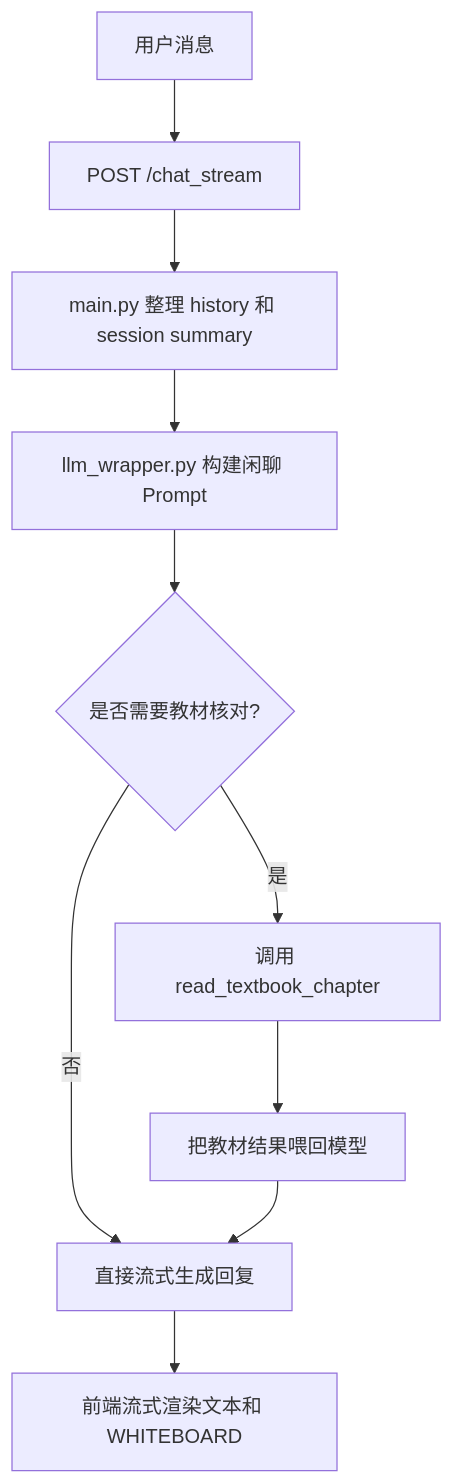
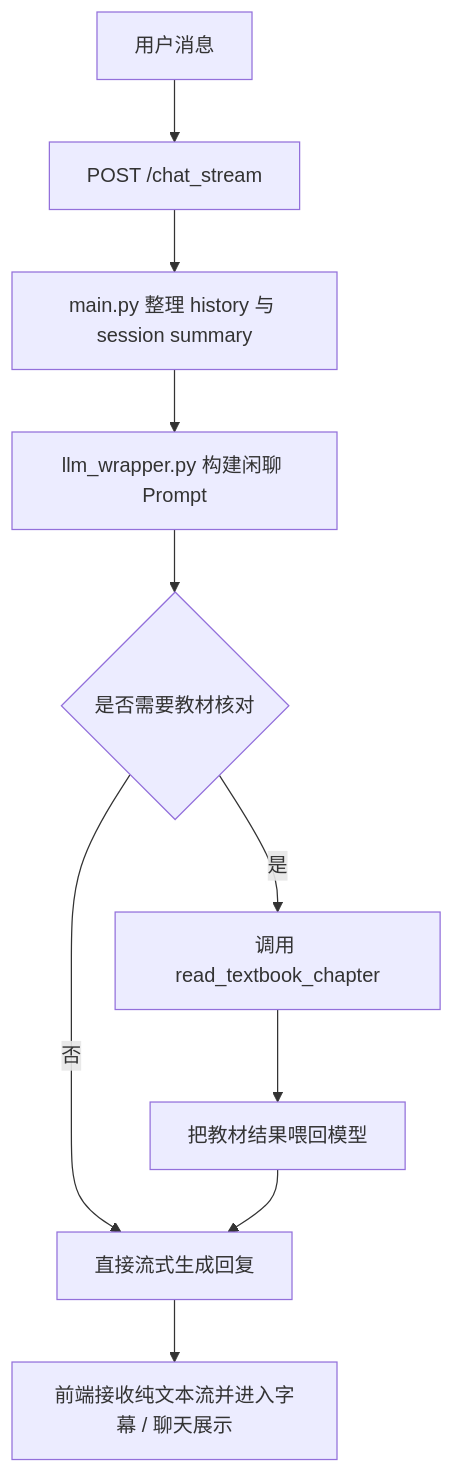
The first of 3 diagrams in README.md (jacobsisir-glitch/AI-English-Teacher), drawn with Mermaid before and after one commit. The commit also changed other lines of this file, not shown here.

Commit message:
Refresh README for dual-track class flow

````diff
--- a/README.md
+++ b/README.md
@@ -55,12 +74,12 @@
 ```mermaid
 flowchart TD
     A[用户消息] --> B[POST /chat_stream]
-    B --> C[main.py 整理 history 和 session summary]
+    B --> C[main.py 整理 history 与 session summary]
     C --> D[llm_wrapper.py 构建闲聊 Prompt]
-    D --> E{是否需要教材核对?}
+    D --> E{是否需要教材核对}
     E -- 否 --> F[直接流式生成回复]
     E -- 是 --> G[调用 read_textbook_chapter]
     G --> H[把教材结果喂回模型]
     H --> F
-    F --> I[前端流式渲染文本和 WHITEBOARD]
+    F --> I[前端接收纯文本流并进入字幕 / 聊天展示]
 ```
````
